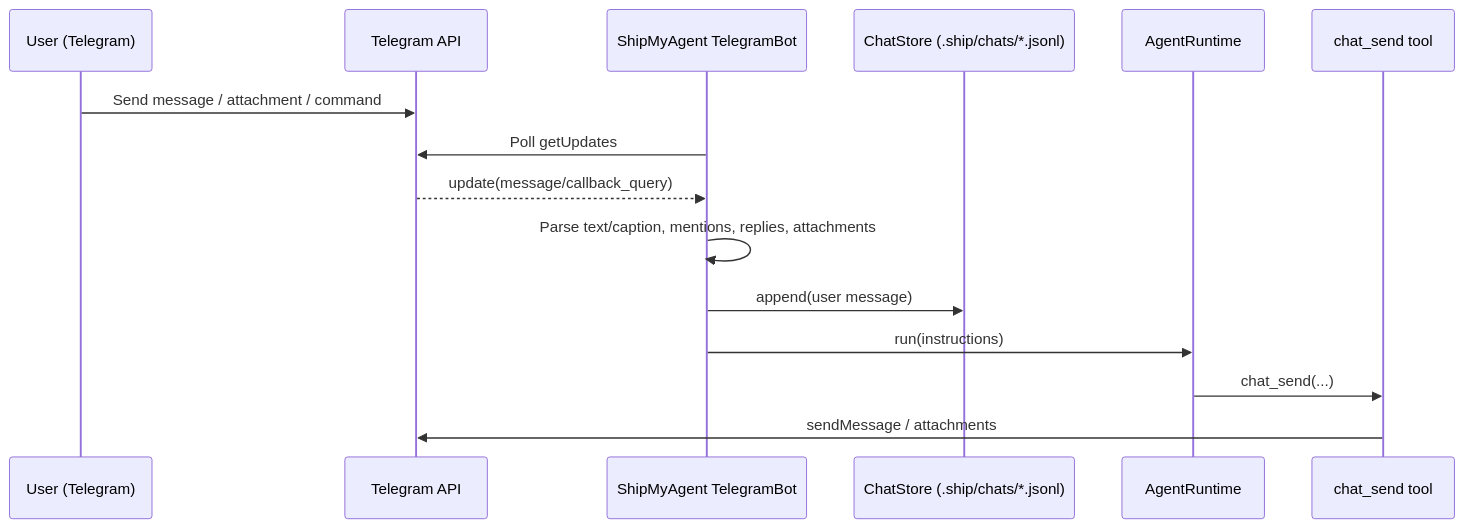
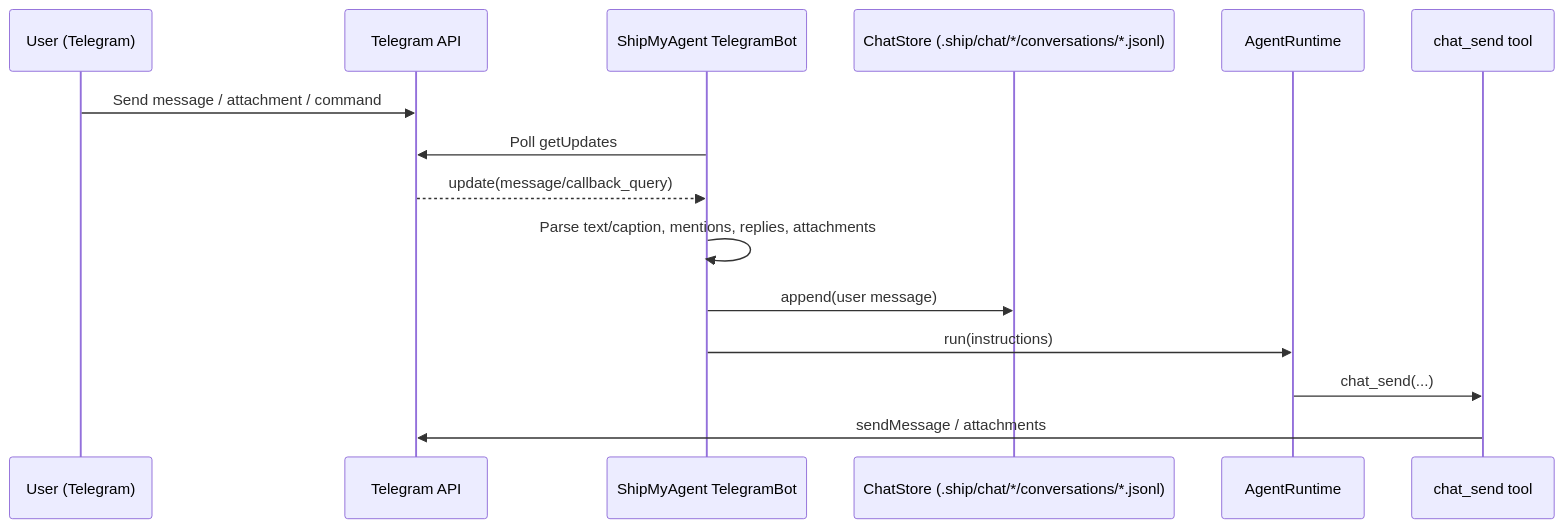
The diagram in homepage/content/docs/en/integrations/telegram-message-flow.mdx (wangenius/shipmyagent), drawn with Mermaid before and after one commit. The commit also changed other lines of this file and 44 other files, not shown here.

````diff
--- a/homepage/content/docs/en/integrations/telegram-message-flow.mdx
+++ b/homepage/content/docs/en/integrations/telegram-message-flow.mdx
@@ -16,19 +16,19 @@
 ```mermaid
 sequenceDiagram
   participant U as User (Telegram)
   participant TG as Telegram API
   participant BOT as ShipMyAgent TelegramBot
-  participant CS as ChatStore (.ship/chats/*.jsonl)
+  participant CS as ChatStore (.ship/chat/*/conversations/*.jsonl)
   participant RT as AgentRuntime
   participant T as chat_send tool
 
   U->>TG: Send message / attachment / command
   BOT->>TG: Poll getUpdates
   TG-->>BOT: update(message/callback_query)
 
   BOT->>BOT: Parse text/caption, mentions, replies, attachments
   BOT->>CS: append(user message)
   BOT->>RT: run(instructions)
   RT->>T: chat_send(...)
   T->>TG: sendMessage / attachments
 ```
````
